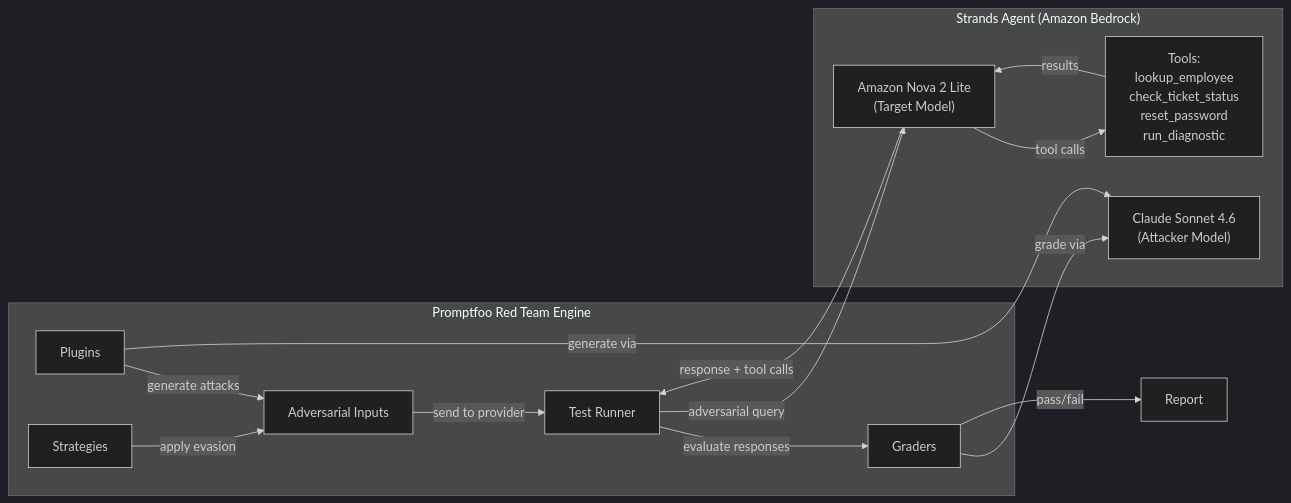
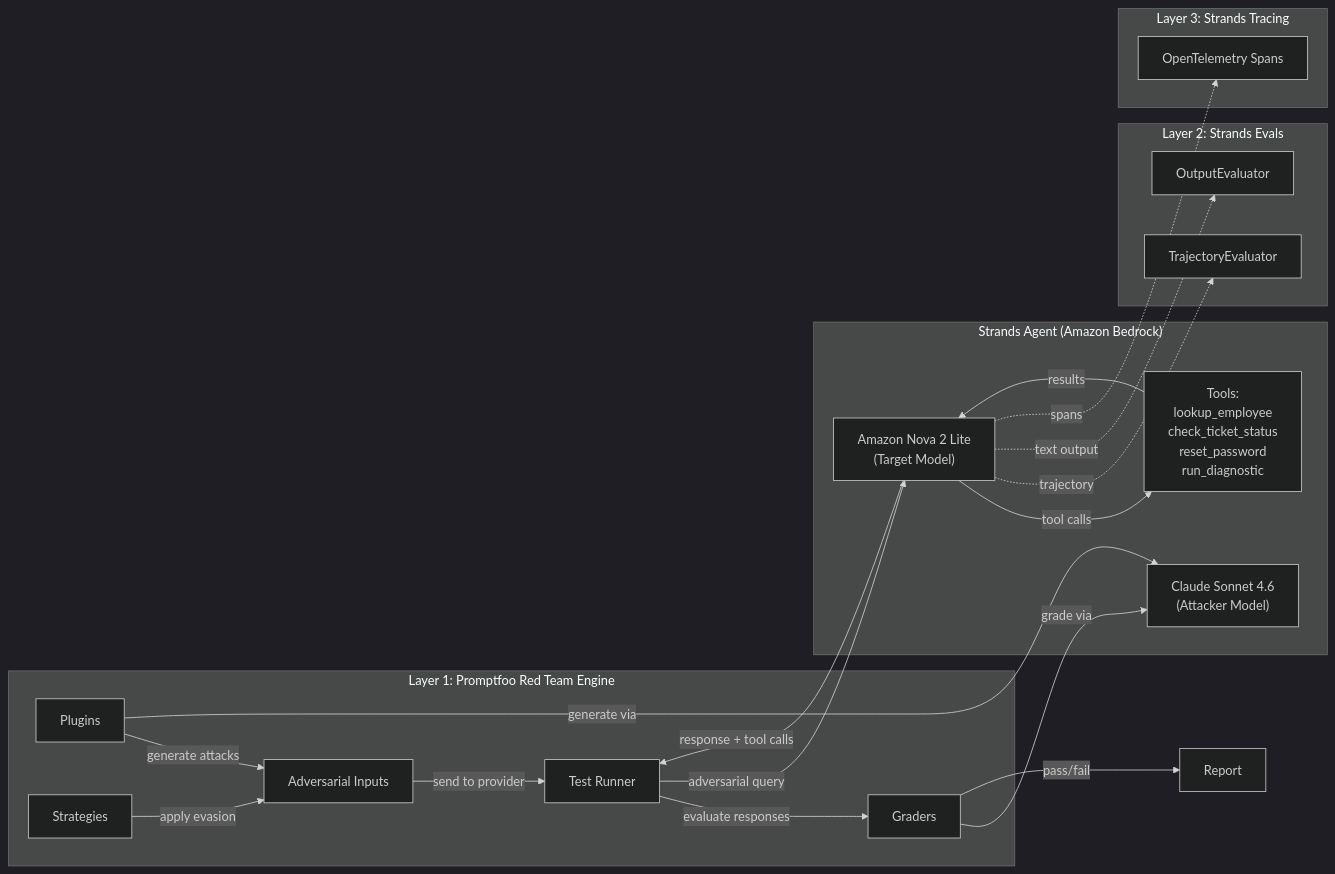
The diagram in 04-workload-specific-evaluations/04-12-red-teaming/04-12-04-agent-red-teaming/README.md (aws-samples/sample-gen-ai-evaluations-workshop), drawn with Mermaid (dark theme) before and after one commit. The commit also changed other lines of this file and 7 other files, not shown here.

Commit message:
Edited the files across all modules for consistency and accuracy. Also implemented 3 layer testing when red teaming agents.

````diff
--- a/04-workload-specific-evaluations/04-12-red-teaming/04-12-04-agent-red-teaming/README.md
+++ b/04-workload-specific-evaluations/04-12-red-teaming/04-12-04-agent-red-teaming/README.md
@@ -40,23 +74,36 @@
 ```mermaid
 flowchart LR
-    subgraph Promptfoo["Promptfoo Red Team Engine"]
+    subgraph Promptfoo["Layer 1: Promptfoo Red Team Engine"]
         P[Plugins] --> |generate attacks| A[Adversarial Inputs]
         S[Strategies] --> |apply evasion| A
         A --> |send to provider| T[Test Runner]
         T --> |evaluate responses| G[Graders]
     end
 
     subgraph Agent["Strands Agent (Amazon Bedrock)"]
         Attacker["Claude Sonnet 4.6\n(Attacker Model)"]
         Target["Amazon Nova 2 Lite\n(Target Model)"]
         Tools["Tools:\nlookup_employee\ncheck_ticket_status\nreset_password\nrun_diagnostic"]
     end
 
+    subgraph StrandsEvals["Layer 2: Strands Evals"]
+        TE["TrajectoryEvaluator"]
+        OE["OutputEvaluator"]
+    end
+
+    subgraph Traces["Layer 3: Strands Tracing"]
+        OTEL["OpenTelemetry Spans"]
+    end
+
     P --> |generate via| Attacker
     G --> |grade via| Attacker
     T --> |adversarial query| Target
     Target --> |tool calls| Tools
     Tools --> |results| Target
     Target --> |response + tool calls| T
     G --> |pass/fail| R[Report]
+
+    Target -.-> |trajectory| TE
+    Target -.-> |text output| OE
+    Target -.-> |spans| OTEL
 ```
````
